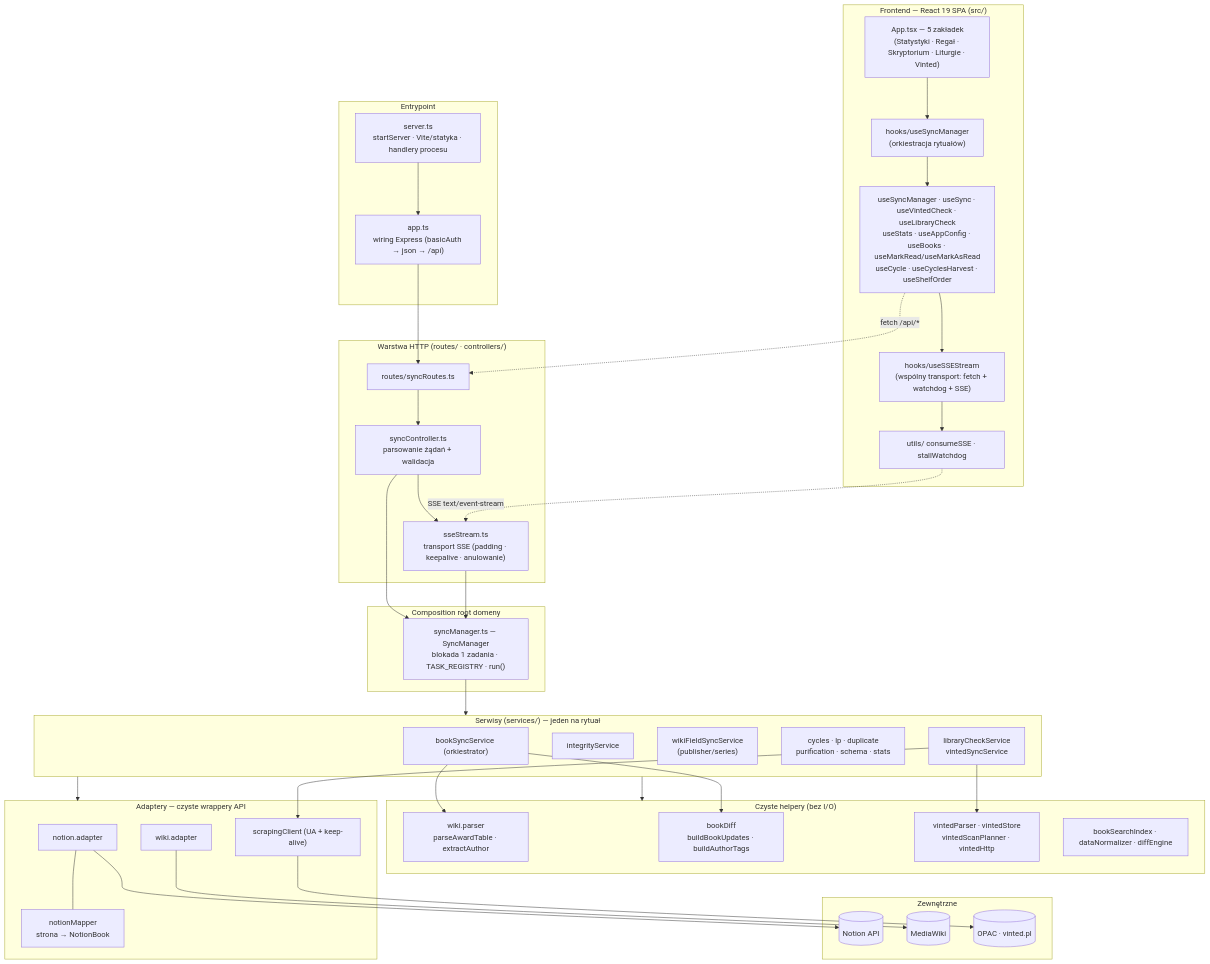
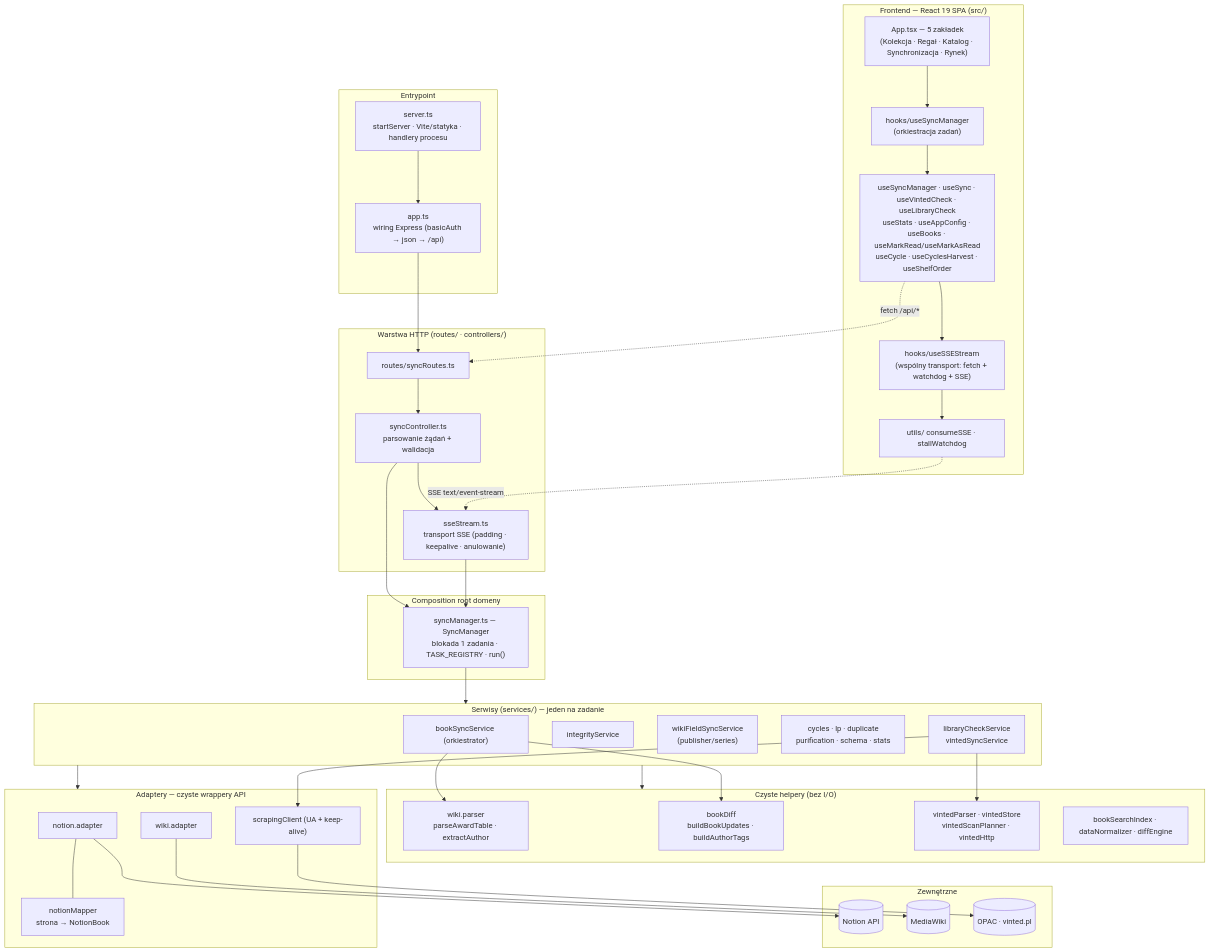
The diagram in README.md (rembednarczyk/CogitatorOmnissiah), drawn with Mermaid before and after one commit. The commit also changed other lines of this file and 32 other files, not shown here.

````diff
--- a/README.md
+++ b/README.md
@@ -62,72 +63,72 @@
 ```mermaid
 flowchart TB
     subgraph FE["Frontend — React 19 SPA (src/)"]
-        App["App.tsx — 5 zakładek<br/>(Statystyki · Regał · Skryptorium · Liturgie · Vinted)"]
-        USM["hooks/useSyncManager<br/>(orkiestracja rytuałów)"]
+        App["App.tsx — 5 zakładek<br/>(Kolekcja · Regał · Katalog · Synchronizacja · Rynek)"]
+        USM["hooks/useSyncManager<br/>(orkiestracja zadań)"]
         Hooks["useSyncManager · useSync · useVintedCheck · useLibraryCheck<br/>useStats · useAppConfig · useBooks · useMarkRead/useMarkAsRead<br/>useCycle · useCyclesHarvest · useShelfOrder"]
         Stream["hooks/useSSEStream<br/>(wspólny transport: fetch + watchdog + SSE)"]
         SSEc["utils/ consumeSSE · stallWatchdog"]
         App --> USM --> Hooks --> Stream --> SSEc
     end
 
     subgraph EP["Entrypoint"]
         Srv["server.ts<br/>startServer · Vite/statyka · handlery procesu"]
         AppTs["app.ts<br/>wiring Express (basicAuth → json → /api)"]
         Srv --> AppTs
     end
 
     subgraph HTTP["Warstwa HTTP (routes/ · controllers/)"]
         Routes["routes/syncRoutes.ts"]
         Ctrl["syncController.ts<br/>parsowanie żądań + walidacja"]
         SSEs["sseStream.ts<br/>transport SSE (padding · keepalive · anulowanie)"]
         Routes --> Ctrl --> SSEs
     end
 
     subgraph DOM["Composition root domeny"]
         SM["syncManager.ts — SyncManager<br/>blokada 1 zadania · TASK_REGISTRY · run()"]
     end
 
-    subgraph SVC["Serwisy (services/) — jeden na rytuał"]
+    subgraph SVC["Serwisy (services/) — jeden na zadanie"]
         Book["bookSyncService (orkiestrator)"]
         Integ["integrityService"]
         WField["wikiFieldSyncService<br/>(publisher/series)"]
         Rest["cycles · lp · duplicate<br/>purification · schema · stats"]
         Scan["libraryCheckService<br/>vintedSyncService"]
     end
 
     subgraph PURE["Czyste helpery (bez I/O)"]
         WP["wiki.parser<br/>parseAwardTable · extractAuthor"]
         BD["bookDiff<br/>buildBookUpdates · buildAuthorTags"]
         VP["vintedParser · vintedStore<br/>vintedScanPlanner · vintedHttp"]
         BSI["bookSearchIndex · dataNormalizer · diffEngine"]
     end
 
     subgraph ADP["Adaptery — czyste wrappery API"]
         NA["notion.adapter"]
         NM["notionMapper<br/>strona → NotionBook"]
         WA["wiki.adapter"]
         SC["scrapingClient (UA + keep-alive)"]
         NA --- NM
     end
 
     subgraph EXT["Zewnętrzne"]
         NAPI[("Notion API")]
         MW[("MediaWiki")]
         HTMLp[("OPAC · vinted.pl")]
     end
 
     SSEc -. "SSE text/event-stream" .-> SSEs
     Hooks -. "fetch /api/*" .-> Routes
     AppTs --> Routes
     Ctrl --> SM
     SSEs --> SM
     SM --> SVC
     Book --> WP
     Book --> BD
     Scan --> VP
     SVC --> ADP
     SVC --> PURE
     NA --> NAPI
     WA --> MW
     Scan --> SC --> HTMLp
 ```
````
